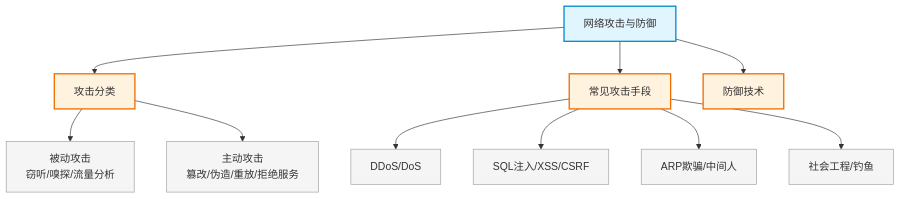
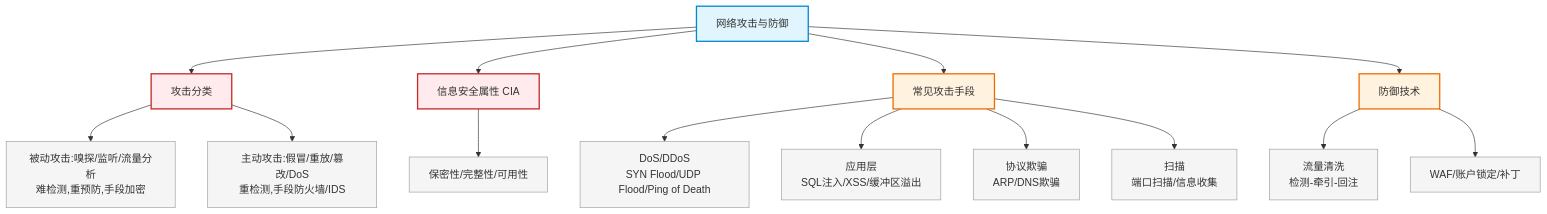
The diagram in network-security/18_attacks_and_defense.md (silverbulle/Network_Planning_and_Design), drawn with Mermaid before and after one commit. The commit also changed other lines of this file and 3 other files, not shown here.

````diff
--- a/network-security/18_attacks_and_defense.md
+++ b/network-security/18_attacks_and_defense.md
@@ -9,25 +8,35 @@
 ```mermaid
 flowchart TD
     A["网络攻击与防御"] --> B["攻击分类"]
-    A --> C["常见攻击手段"]
-    A --> D["防御技术"]
+    A --> C["信息安全属性 CIA"]
+    A --> D["常见攻击手段"]
+    A --> E["防御技术"]
 
-    B --> B1["被动攻击<br>窃听/嗅探/流量分析"]
-    B --> B2["主动攻击<br>篡改/伪造/重放/拒绝服务"]
+    B --> B1["被动攻击:嗅探/监听/流量分析<br>难检测,重预防,手段加密"]
+    B --> B2["主动攻击:假冒/重放/篡改/DoS<br>重检测,手段防火墙/IDS"]
 
-    C --> C1["DDoS/DoS"]
-    C --> C2["SQL注入/XSS/CSRF"]
-    C --> C3["ARP欺骗/中间人"]
-    C --> C4["社会工程/钓鱼"]
+    C --> C1["保密性/完整性/可用性"]
+
+    D --> D1["DoS/DDoS<br>SYN Flood/UDP Flood/Ping of Death"]
+    D --> D2["应用层<br>SQL注入/XSS/缓冲区溢出"]
+    D --> D3["协议欺骗<br>ARP/DNS欺骗"]
+    D --> D4["扫描<br>端口扫描/信息收集"]
+
+    E --> E1["流量清洗<br>检测-牵引-回注"]
+    E --> E2["WAF/账户锁定/补丁"]
 
     style A fill:#e1f5fe,stroke:#0288d1,stroke-width:2px
-    style B fill:#fff3e0,stroke:#ef6c00,stroke-width:2px
-    style C fill:#fff3e0,stroke:#ef6c00,stroke-width:2px
+    style B fill:#ffebee,stroke:#c62828,stroke-width:2px
+    style C fill:#ffebee,stroke:#c62828,stroke-width:2px
     style D fill:#fff3e0,stroke:#ef6c00,stroke-width:2px
+    style E fill:#fff3e0,stroke:#ef6c00,stroke-width:2px
     style B1 fill:#f5f5f5,stroke:#9e9e9e
     style B2 fill:#f5f5f5,stroke:#9e9e9e
     style C1 fill:#f5f5f5,stroke:#9e9e9e
-    style C2 fill:#f5f5f5,stroke:#9e9e9e
-    style C3 fill:#f5f5f5,stroke:#9e9e9e
-    style C4 fill:#f5f5f5,stroke:#9e9e9e
+    style D1 fill:#f5f5f5,stroke:#9e9e9e
+    style D2 fill:#f5f5f5,stroke:#9e9e9e
+    style D3 fill:#f5f5f5,stroke:#9e9e9e
+    style D4 fill:#f5f5f5,stroke:#9e9e9e
+    style E1 fill:#f5f5f5,stroke:#9e9e9e
+    style E2 fill:#f5f5f5,stroke:#9e9e9e
 ```
````
